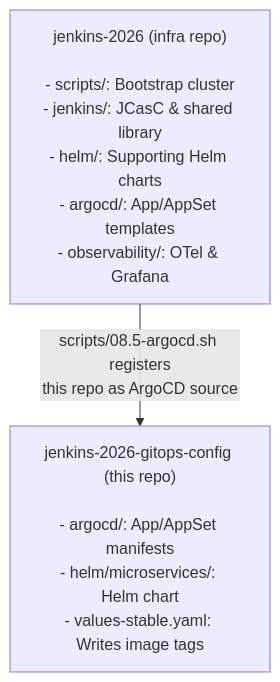
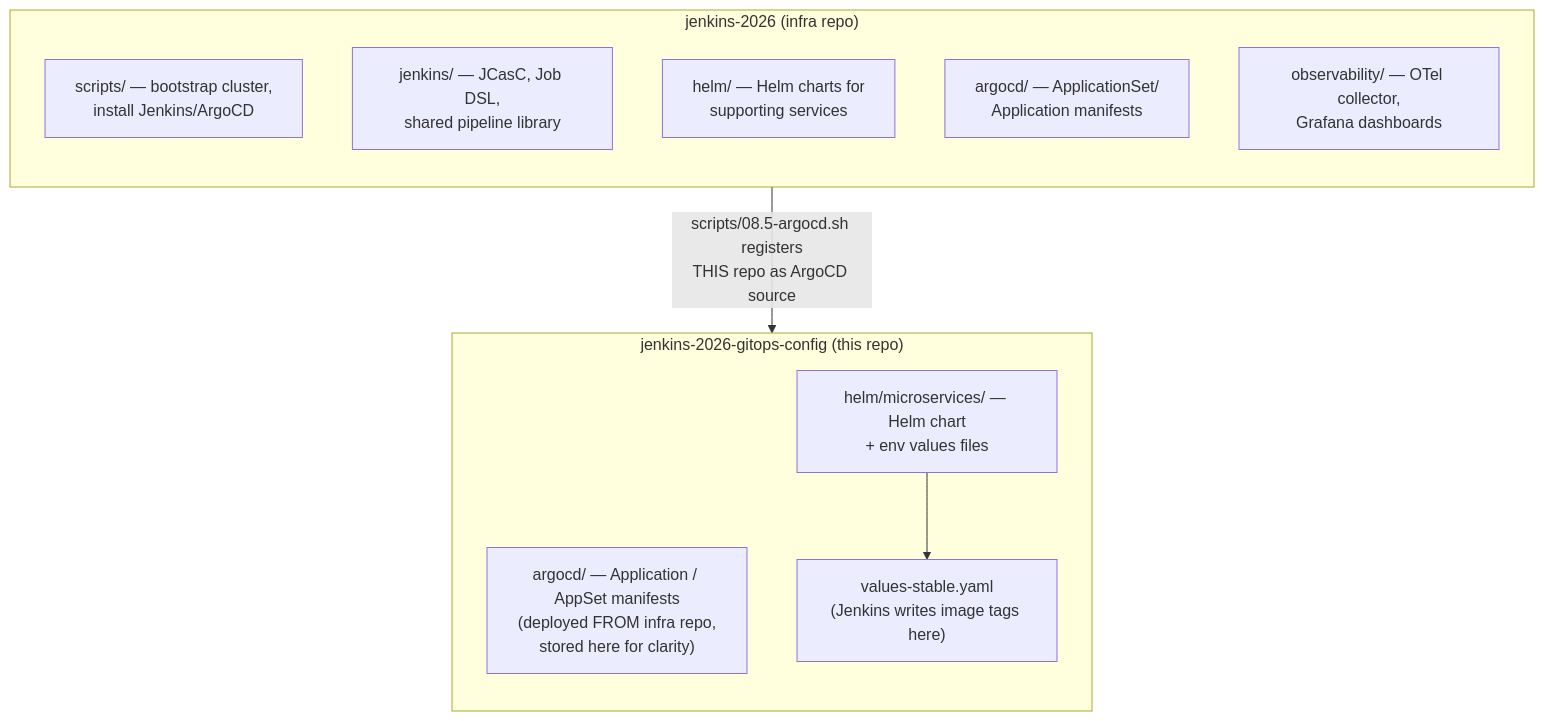
The first of 2 diagrams in README.md (nubenetes/jenkins-2026-gitops-config), drawn with Mermaid before and after one commit.

Commit message:
docs: restore full flowchart details and use wrapped nodes to prevent cutoff

````diff
--- a/README.md
+++ b/README.md
@@ -11,8 +11,21 @@
 ```mermaid
 flowchart TD
-    infra["jenkins-2026 (infra repo)<br/><br/>- scripts/: Bootstrap cluster<br/>- jenkins/: JCasC & shared library<br/>- helm/: Supporting Helm charts<br/>- argocd/: App/AppSet templates<br/>- observability/: OTel & Grafana"]
+    subgraph infra["jenkins-2026 (infra repo)"]
+        direction TB
+        i1["scripts/ — bootstrap cluster,<br/>install Jenkins/ArgoCD"]
+        i2["jenkins/ — JCasC, Job DSL,<br/>shared pipeline library"]
+        i3["helm/ — Helm charts for<br/>supporting services"]
+        i4["argocd/ — ApplicationSet/<br/>Application manifests"]
+        i5["observability/ — OTel collector,<br/>Grafana dashboards"]
+    end
 
-    gitops["jenkins-2026-gitops-config (this repo)<br/><br/>- argocd/: App/AppSet manifests<br/>- helm/microservices/: Helm chart<br/>- values-stable.yaml: Writes image tags"]
+    subgraph gitops["jenkins-2026-gitops-config (this repo)"]
+        direction TB
+        g1["argocd/ — Application / AppSet manifests<br/>(deployed FROM infra repo,<br/>stored here for clarity)"]
+        g2["helm/microservices/ — Helm chart<br/>+ env values files"]
+        g3["values-stable.yaml<br/>(Jenkins writes image tags here)"]
+        g2 --> g3
+    end
 
-    infra -->|scripts/08.5-argocd.sh registers<br/>this repo as ArgoCD source| gitops
+    i1 -->|scripts/08.5-argocd.sh registers<br/>THIS repo as ArgoCD source| g1
 ```
````
